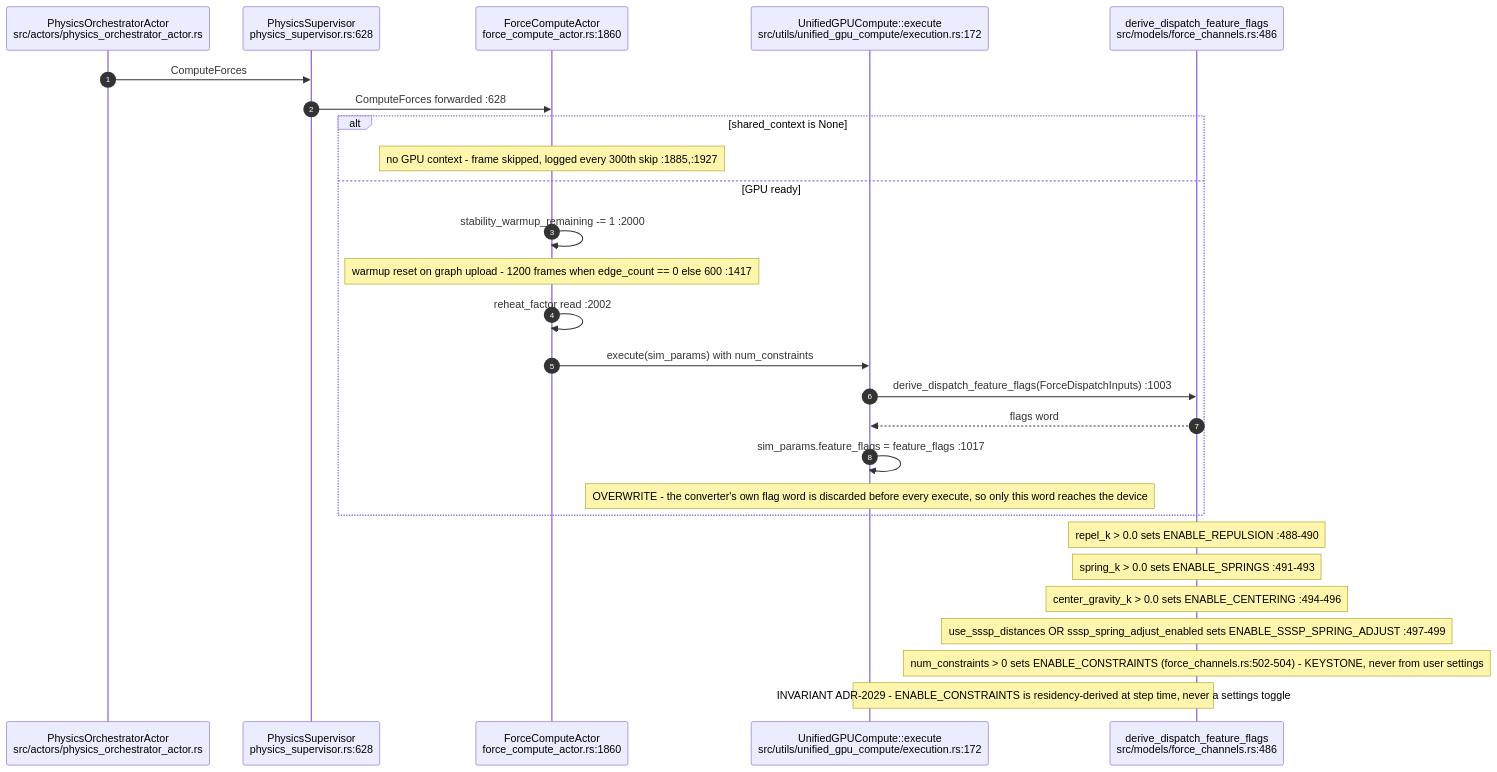
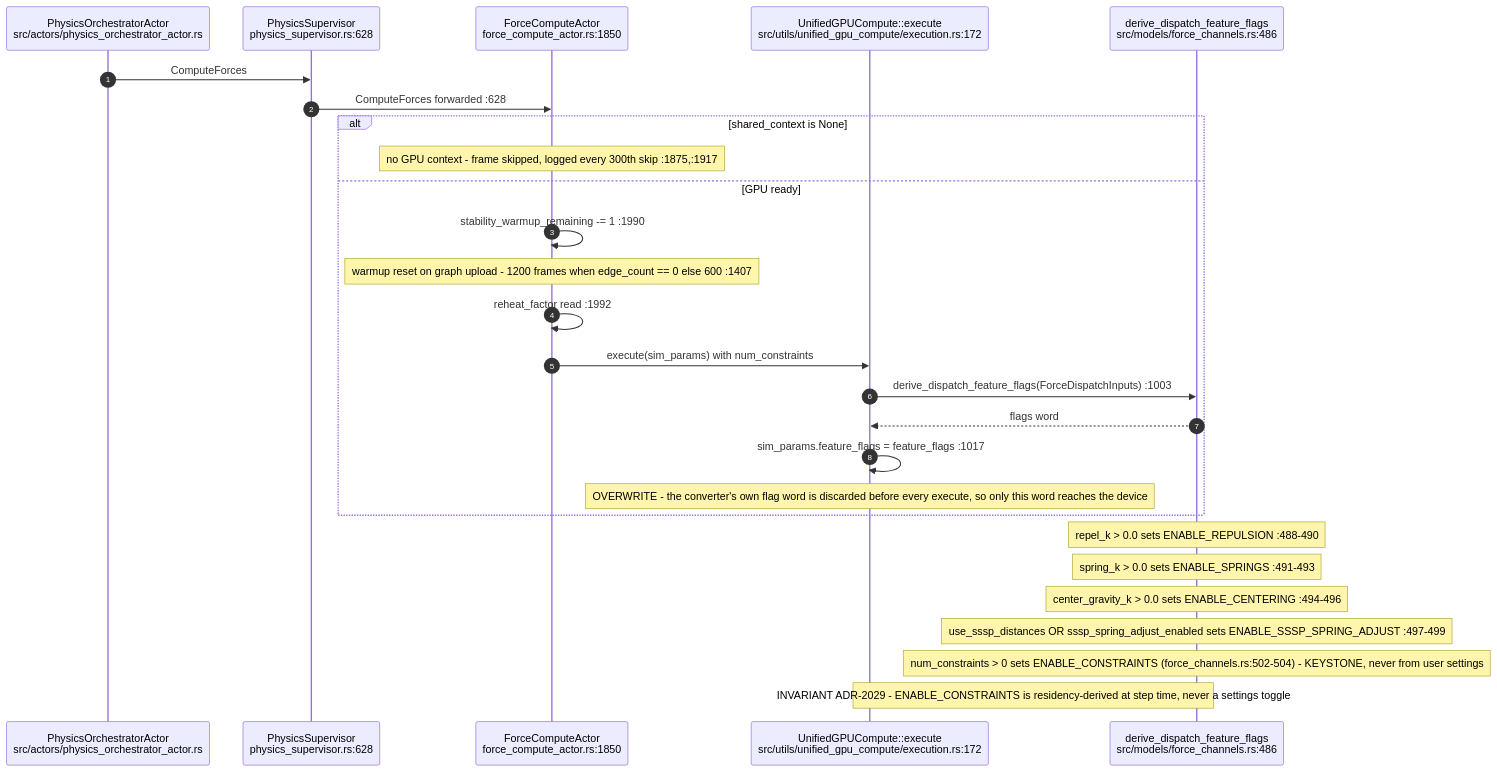
The first of 8 diagrams in docs/diagrams/visionclaw/11-physics-step-and-force-channels.md (DreamLab-AI/VisionFlow), drawn with Mermaid before and after one commit. The commit also changed other lines of this file and 31 other files, not shown here.

````diff
--- a/docs/diagrams/visionclaw/11-physics-step-and-force-channels.md
+++ b/docs/diagrams/visionclaw/11-physics-step-and-force-channels.md
@@ -32,30 +32,30 @@
 ```mermaid
 sequenceDiagram
     autonumber
     participant PO as PhysicsOrchestratorActor<br/>src/actors/physics_orchestrator_actor.rs
     participant PS as PhysicsSupervisor<br/>physics_supervisor.rs:628
-    participant FCA as ForceComputeActor<br/>force_compute_actor.rs:1860
+    participant FCA as ForceComputeActor<br/>force_compute_actor.rs:1850
     participant EX as UnifiedGPUCompute::execute<br/>src/utils/unified_gpu_compute/execution.rs:172
     participant FC as derive_dispatch_feature_flags<br/>src/models/force_channels.rs:486
 
     PO->>PS: ComputeForces
     PS->>FCA: ComputeForces forwarded :628
     alt shared_context is None
-        Note over FCA: no GPU context - frame skipped, logged every 300th skip :1885,:1927
+        Note over FCA: no GPU context - frame skipped, logged every 300th skip :1875,:1917
     else GPU ready
-        FCA->>FCA: stability_warmup_remaining -= 1 :2000
-        Note over FCA: warmup reset on graph upload - 1200 frames when edge_count == 0 else 600 :1417
-        FCA->>FCA: reheat_factor read :2002
+        FCA->>FCA: stability_warmup_remaining -= 1 :1990
+        Note over FCA: warmup reset on graph upload - 1200 frames when edge_count == 0 else 600 :1407
+        FCA->>FCA: reheat_factor read :1992
         FCA->>EX: execute(sim_params) with num_constraints
         EX->>FC: derive_dispatch_feature_flags(ForceDispatchInputs) :1003
         FC-->>EX: flags word
         EX->>EX: sim_params.feature_flags = feature_flags :1017
         Note over EX: OVERWRITE - the converter's own flag word is discarded before every execute, so only this word reaches the device
     end
     Note over FC: repel_k > 0.0 sets ENABLE_REPULSION :488-490
     Note over FC: spring_k > 0.0 sets ENABLE_SPRINGS :491-493
     Note over FC: center_gravity_k > 0.0 sets ENABLE_CENTERING :494-496
     Note over FC: use_sssp_distances OR sssp_spring_adjust_enabled sets ENABLE_SSSP_SPRING_ADJUST :497-499
     Note over FC: num_constraints > 0 sets ENABLE_CONSTRAINTS (force_channels.rs:502-504) - KEYSTONE, never from user settings
     Note over EX,FC: INVARIANT ADR-2029 - ENABLE_CONSTRAINTS is residency-derived at step time, never a settings toggle
 ```
````
